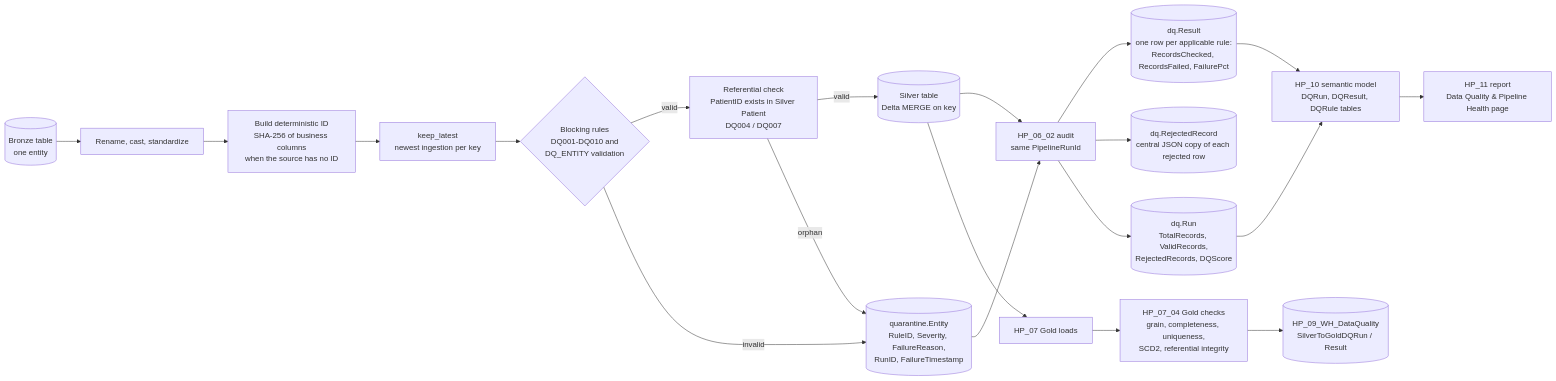
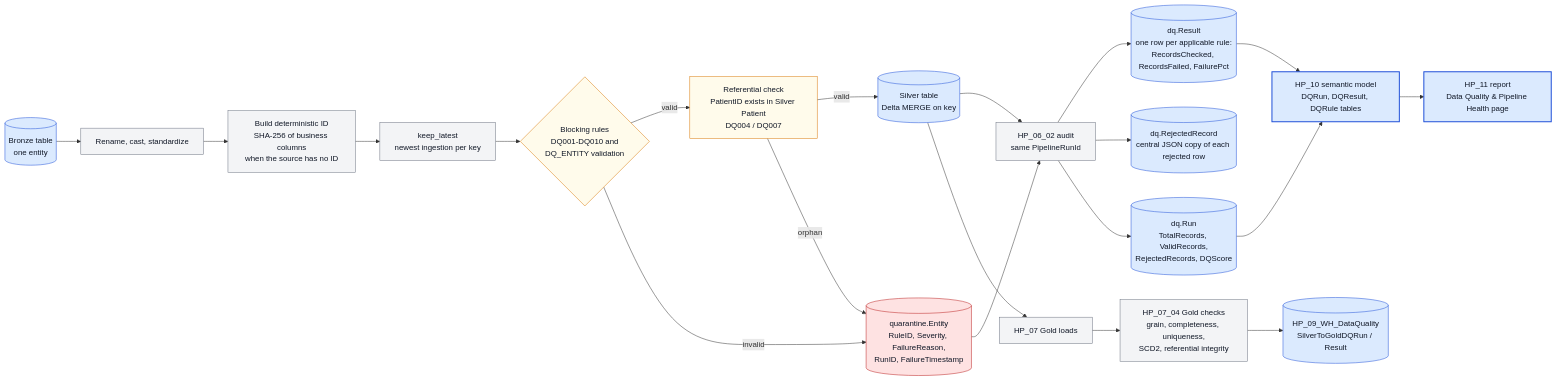
The diagram in architecture/data-quality-flow.mmd (hafizmahmudi/healthpulse-fabric-healthcare), drawn with Mermaid before and after one commit. The commit also changed 17 other files, not shown here.

```diff
--- a/architecture/data-quality-flow.mmd
+++ b/architecture/data-quality-flow.mmd
@@ -1,22 +1,33 @@
 flowchart LR
     A[(Bronze table<br/>one entity)] --> B[Rename, cast, standardize]
     B --> C[Build deterministic ID<br/>SHA-256 of business columns<br/>when the source has no ID]
     C --> D[keep_latest<br/>newest ingestion per key]
     D --> E{Blocking rules<br/>DQ001-DQ010 and<br/>DQ_ENTITY validation}
     E -- valid --> F[Referential check<br/>PatientID exists in Silver Patient<br/>DQ004 / DQ007]
     F -- valid --> G[(Silver table<br/>Delta MERGE on key)]
     E -- invalid --> H[(quarantine.Entity<br/>RuleID, Severity, FailureReason,<br/>RunID, FailureTimestamp)]
     F -- orphan --> H
 
     G --> I[HP_06_02 audit<br/>same PipelineRunId]
     H --> I
     I --> J[(dq.Result<br/>one row per applicable rule:<br/>RecordsChecked, RecordsFailed, FailurePct)]
     I --> K[(dq.RejectedRecord<br/>central JSON copy of each rejected row)]
     I --> L[(dq.Run<br/>TotalRecords, ValidRecords,<br/>RejectedRecords, DQScore)]
     J --> M[HP_10 semantic model<br/>DQRun, DQResult, DQRule tables]
     L --> M
     M --> N[HP_11 report<br/>Data Quality & Pipeline Health page]
 
     G --> O[HP_07 Gold loads]
     O --> P[HP_07_04 Gold checks<br/>grain, completeness, uniqueness,<br/>SCD2, referential integrity]
     P --> Q[(HP_09_WH_DataQuality<br/>SilverToGoldDQRun / Result)]
+
+    classDef code fill:#f3f4f6,stroke:#6b7280,color:#111827
+    classDef store fill:#dbeafe,stroke:#1d4ed8,color:#111827
+    classDef gate fill:#fffbeb,stroke:#d97706,color:#111827
+    classDef reject fill:#fee2e2,stroke:#b91c1c,color:#111827
+    classDef serve fill:#dbeafe,stroke:#1d4ed8,stroke-width:2px,color:#111827
+    class B,C,D,I,O,P code
+    class A,G,J,K,L,Q store
+    class E,F gate
+    class H reject
+    class M,N serve
```
